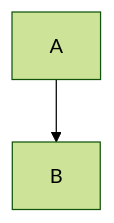
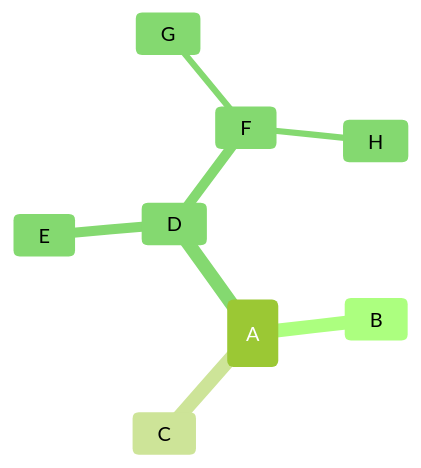
Before and after one commit to k-marx1/obsidian: the second of 2 diagrams in Техническая термодинамика в химической технологии/shpora.md, drawn with Mermaid. The commit also changed other lines of this file, not shown here.

Commit message:
vault backup: 2025-12-21 18:00:06

````diff
--- a/Техническая термодинамика в химической технологии/shpora.md
+++ b/Техническая термодинамика в химической технологии/shpora.md
@@ -11,9 +11,16 @@
 ```mermaid
 ---
 config:
   theme: 'forest'
 ---
-flowchart
-  A-->B
+mindmap
+root(A)
+	B
+	C
+	D
+		E
+		F
+			G
+			H
 
 ```
````
